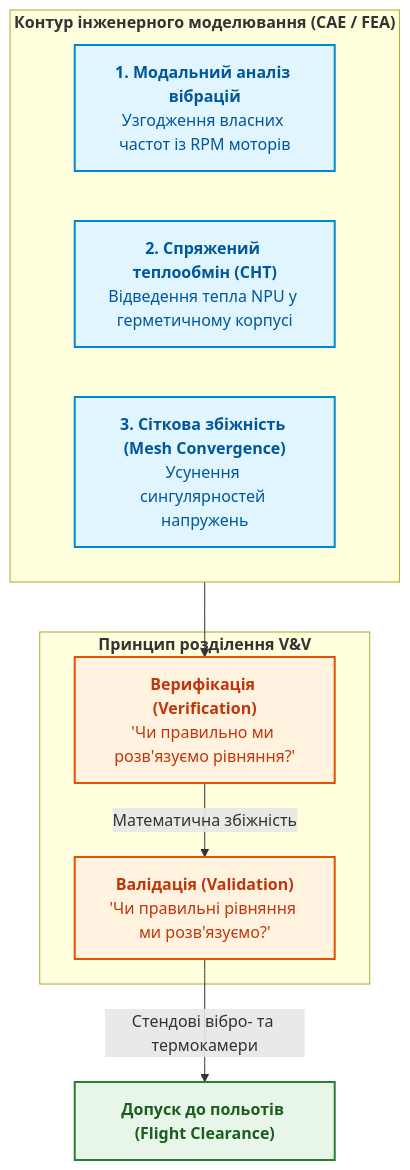
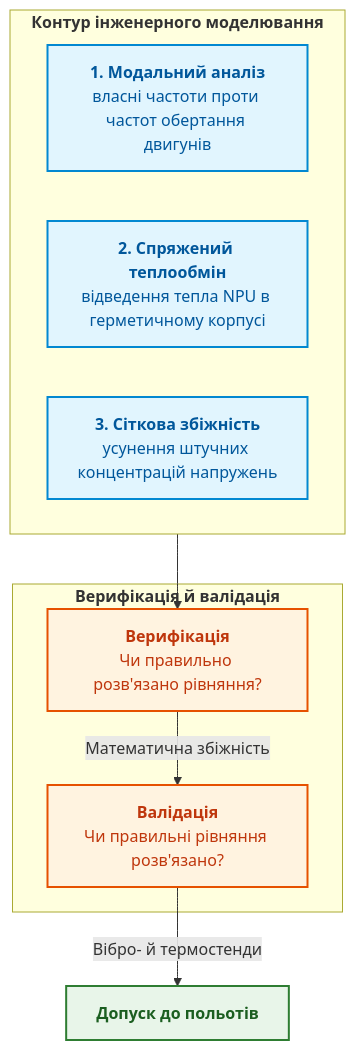
Before and after one commit to nick-fedchik/articles: the eighth of 8 diagrams in ExpertSystem/appendix-b-robotics-and-cyber-physical-systems.md, drawn with Mermaid. The commit also changed other lines of this file, not shown here.

````diff
--- a/ExpertSystem/appendix-b-robotics-and-cyber-physical-systems.md
+++ b/ExpertSystem/appendix-b-robotics-and-cyber-physical-systems.md
@@ -450,28 +415,28 @@
 ```mermaid
 flowchart TD
-    accTitle: Тріада фізичної валідації бортового обчислювача
-    accDescr: Перевірка міцності конструкції через сіткову збіжність, модального аналізу вібрацій та спряженого теплообміну.
+    accTitle: Тріада фізичної перевірки бортового обчислювача
+    accDescr: Модальний аналіз вібрацій, спряжений теплообмін і сіткова збіжність ведуть через верифікацію й валідацію до допуску до польотів.
 
-    subgraph CAE["<b>Контур інженерного моделювання (CAE / FEA)</b>"]
-        M1["<b>1. Модальний аналіз вібрацій</b><br/>Узгодження власних частот із RPM моторів"]
-        M2["<b>2. Спряжений теплообмін (CHT)</b><br/>Відведення тепла NPU у герметичному корпусі"]
-        M3["<b>3. Сіткова збіжність (Mesh Convergence)</b><br/>Усунення сингулярностей напружень"]
+    subgraph CAE["<b>Контур інженерного моделювання</b>"]
+        M1["<b>1. Модальний аналіз</b><br/>власні частоти проти частот обертання двигунів"]
+        M2["<b>2. Спряжений теплообмін</b><br/>відведення тепла NPU в герметичному корпусі"]
+        M3["<b>3. Сіткова збіжність</b><br/>усунення штучних концентрацій напружень"]
     end
 
-    subgraph VV["<b>Принцип розділення V&V</b>"]
-        VER["<b>Верифікація (Verification)</b><br/>'Чи правильно ми розв'язуємо рівняння?'"]
-        VAL["<b>Валідація (Validation)</b><br/>'Чи правильні рівняння ми розв'язуємо?'"]
+    subgraph VV["<b>Верифікація й валідація</b>"]
+        VER["<b>Верифікація</b><br/>Чи правильно розв'язано рівняння?"]
+        VAL["<b>Валідація</b><br/>Чи правильні рівняння розв'язано?"]
     end
 
     CAE --> VER
     VER -->|"Математична збіжність"| VAL
-    VAL -->|"Стендові вібро- та термокамери"| PROD["<b>Допуск до польотів (Flight Clearance)</b>"]
+    VAL -->|"Вібро- й термостенди"| PROD["<b>Допуск до польотів</b>"]
 
     classDef cae fill:#e1f5fe,stroke:#0288d1,stroke-width:2px,color:#01579b;
     classDef vv fill:#fff3e0,stroke:#e65100,stroke-width:2px,color:#bf360c;
     classDef prod fill:#e8f5e9,stroke:#2e7d32,stroke-width:2px,color:#1b5e20;
 
     class M1,M2,M3 cae;
     class VER,VAL vv;
     class PROD prod;
 ```
````
